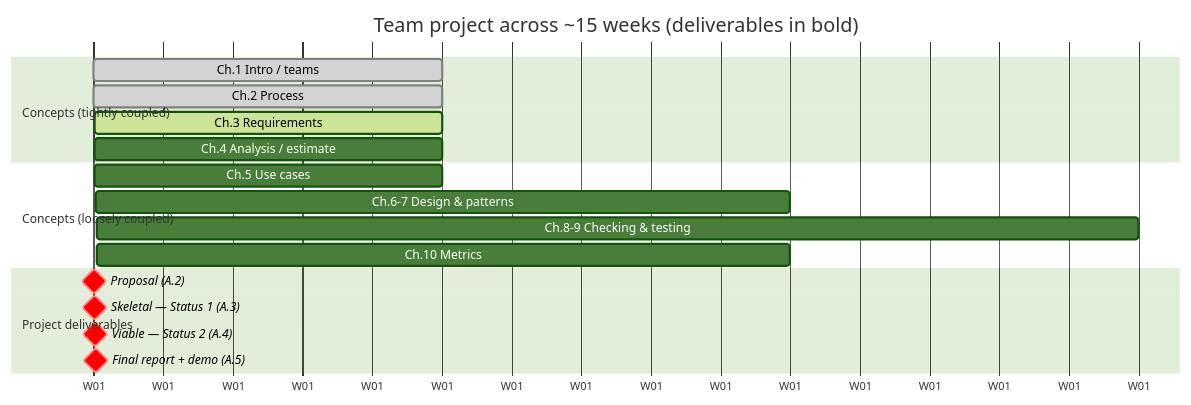
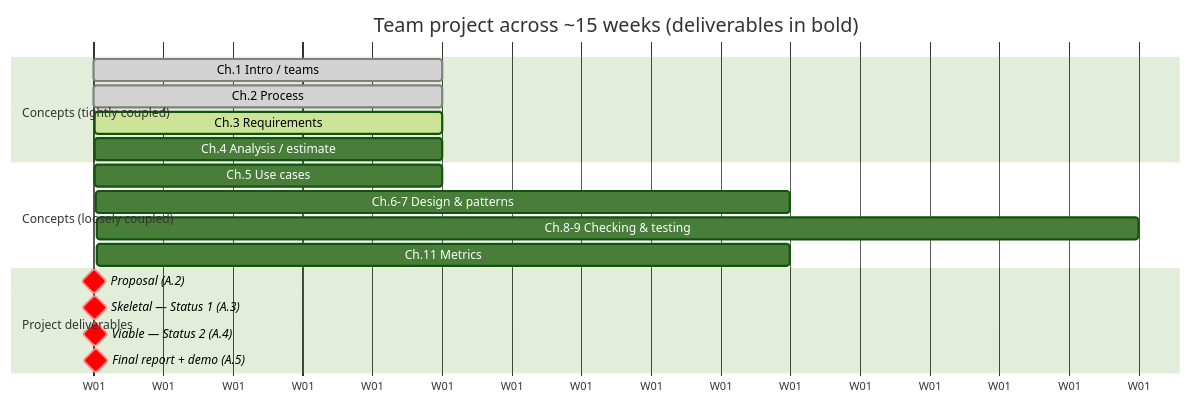
Before and after one commit to vrthra/open-swe-book: the diagram in chapters/appendix-a-team-project/README.md, drawn with Mermaid (forest theme). The commit also changed other lines of this file and 110 other files, not shown here.

````diff
--- a/chapters/appendix-a-team-project/README.md
+++ b/chapters/appendix-a-team-project/README.md
@@ -163,21 +163,21 @@
 ```mermaid
 gantt
     title Team project across ~15 weeks (deliverables in bold)
     dateFormat  X
     axisFormat  W%d
     section Concepts (tightly coupled)
     Ch.1 Intro / teams        :done, 0, 1
     Ch.2 Process              :done, 1, 1
     Ch.3 Requirements         :active, 2, 1
     Ch.4 Analysis / estimate  :3, 1
     section Concepts (loosely coupled)
     Ch.5 Use cases            :4, 1
     Ch.6-7 Design & patterns  :5, 2
     Ch.8-9 Checking & testing :8, 3
-    Ch.10 Metrics             :11, 2
+    Ch.11 Metrics             :11, 2
     section Project deliverables
     Proposal (A.2)            :milestone, crit, 3, 0
     Skeletal — Status 1 (A.3) :milestone, crit, 7, 0
     Viable — Status 2 (A.4)   :milestone, crit, 11, 0
     Final report + demo (A.5) :milestone, crit, 14, 0
 ```
````
